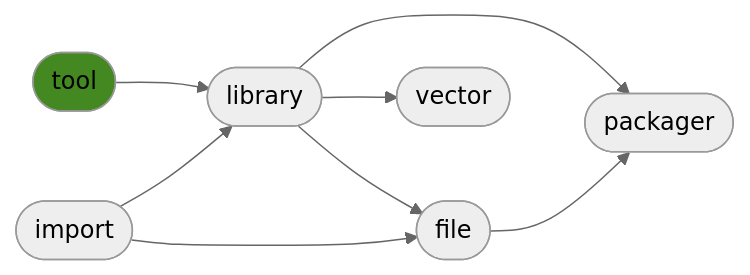
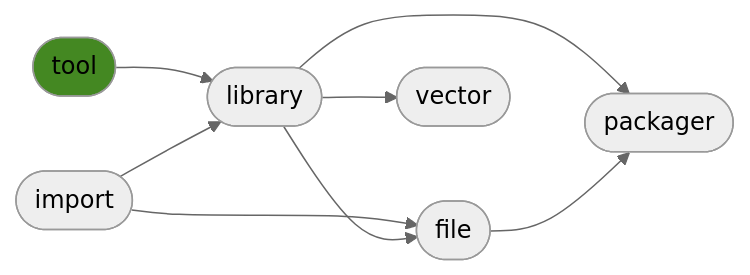
The diagram in README.md (ManderaGeneral/generaltool), drawn with Mermaid (neutral theme) before and after one commit. The commit also changed other lines of this file, not shown here.

````diff
--- a/README.md
+++ b/README.md
@@ -23,17 +23,17 @@
 ```mermaid
 flowchart LR
+2([library]) --> 5([packager])
+2([library]) --> 4([vector])
+3([file]) --> 5([packager])
+0([import]) --> 3([file])
 1([tool]) --> 2([library])
-2([library]) --> 4([vector])
-2([library]) --> 5([packager])
+0([import]) --> 2([library])
 2([library]) --> 3([file])
-0([import]) --> 3([file])
-3([file]) --> 5([packager])
-0([import]) --> 2([library])
 click 0 "https://github.com/ManderaGeneral/generalimport"
 click 1 "https://github.com/ManderaGeneral/generaltool"
 click 2 "https://github.com/ManderaGeneral/generallibrary"
 click 3 "https://github.com/ManderaGeneral/generalfile"
 click 4 "https://github.com/ManderaGeneral/generalvector"
 click 5 "https://github.com/ManderaGeneral/generalpackager"
 style 1 fill:#482
 ```
````
